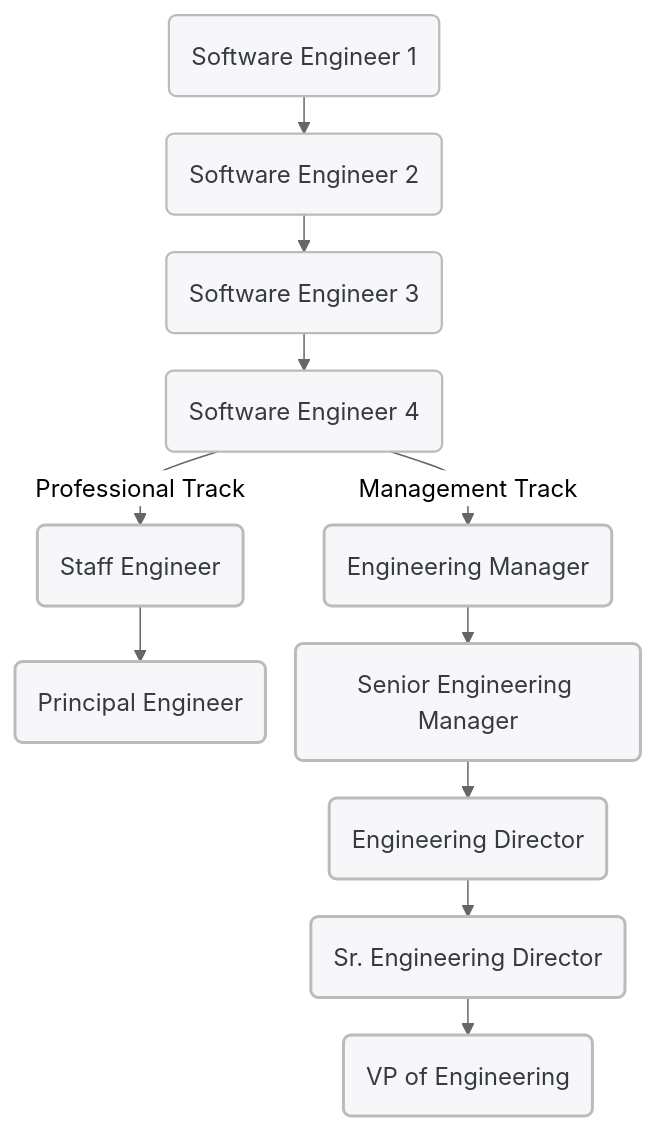
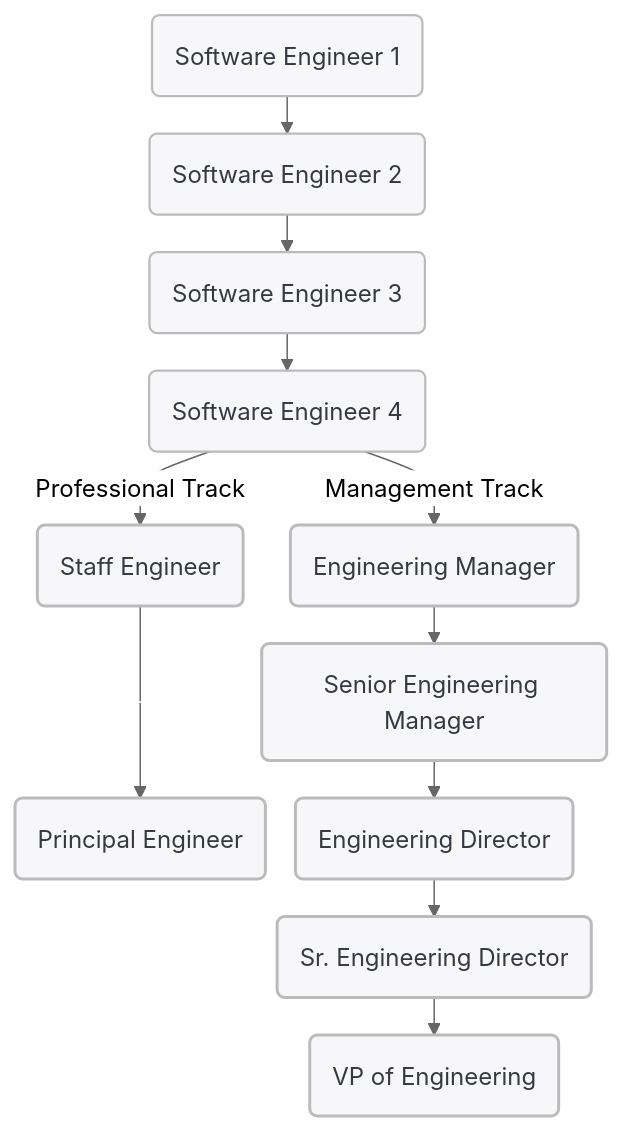
One commit to invitation-homes/career-progression-framework changed the diagram in index.md. Above: the diagram before and after it, drawn with Mermaid.

Commit message:
docs: makes principal even with director

```diff
--- a/index.md
+++ b/index.md
@@ -23,58 +23,61 @@
 <div class="mermaid" style="text-align: center;">
 ---
 config:
   theme: neutral
   flowchart:
     curve: monotoneY
     nodeSpacing: 20
     rankSpacing: 25
   layout: fixed
 ---
 flowchart TD
     SE1["Software Engineer 1"] --> SE2["Software Engineer 2"]
     SE2 --> SE3["Software Engineer 3"]
     SE3 --> SE4["Software Engineer 4"]
     SE4 -- Professional Track --> Staff["Staff Engineer"]
     SE4 -- Management Track --> EM["Engineering Manager"]
-    Staff --> Principal["Principal Engineer"]
+    Staff --- Dummy[ ]
+    Dummy --> Principal["Principal Engineer"]
     EM --> SEM["Senior Engineering Manager"]
     SEM --> ED["Engineering Director"]
     ED --> SED["Sr. Engineering Director"]
     SED --> VP["VP of Engineering"]
     SE1@{ shape: rounded}
     SE2@{ shape: rounded}
     SE3@{ shape: rounded}
     SE4@{ shape: rounded}
     Staff@{ shape: rounded}
     EM@{ shape: rounded}
     SEM@{ shape: rounded}
     Principal@{ shape: rounded}
     ED@{ shape: rounded}
     SED@{ shape: rounded}
     VP@{ shape: rounded}
      SE1:::normNode
      SE2:::normNode
      SE3:::normNode
      SE4:::normNode
      Staff:::eng
      EM:::mgr
      SEM:::mgr
      Principal:::eng
      ED:::mgr
      SED:::exec
      VP:::exec
+     Dummy:::dummy
     classDef eng fill:#f7f7fa,stroke:#bbb,stroke-width:2px,color:#343a40
     classDef mgr fill:#f7f7fa,stroke:#bbb,stroke-width:2px,color:#343a40
     classDef exec fill:#f7f7fa,stroke:#bbb,stroke-width:2px,color:#343a40
     classDef normNode fill:#f7f7fa,stroke:#bbb,stroke-width:1.5px,color:#343a40
+    classDef dummy style X width:1px,height:1px,fill:transparent,stroke:transparent 
     click SE1 "./software_engineer_I" _blank
     click SE2 "./software_engineer_II" _blank
     click SE3 "./software_engineer_III" _blank
     click SE4 "./software_engineer_IV" _blank
     click Staff "./staff_engineer" _blank
     click Principal "./principal_engineer" _blank
     click EM "./engineering_manager" _blank
     click SEM "./senior_engineering_manager" _blank
     click ED "./director_of_engineering" _blank
 
 </div>
```
